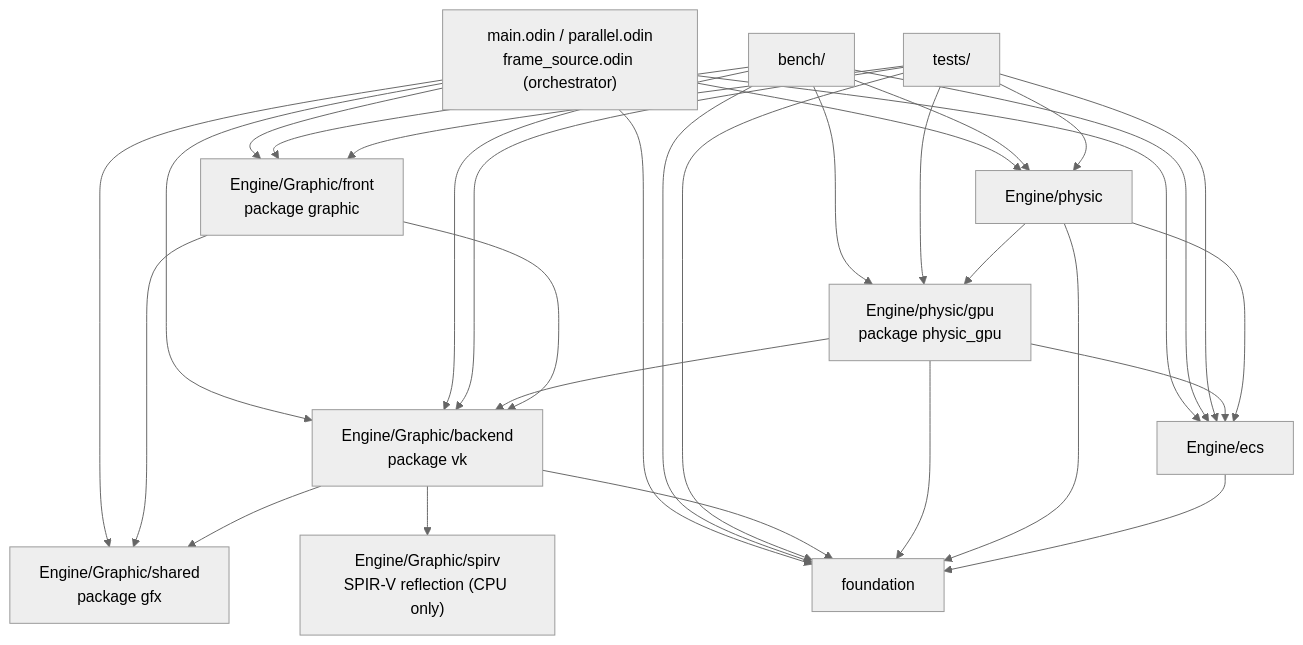
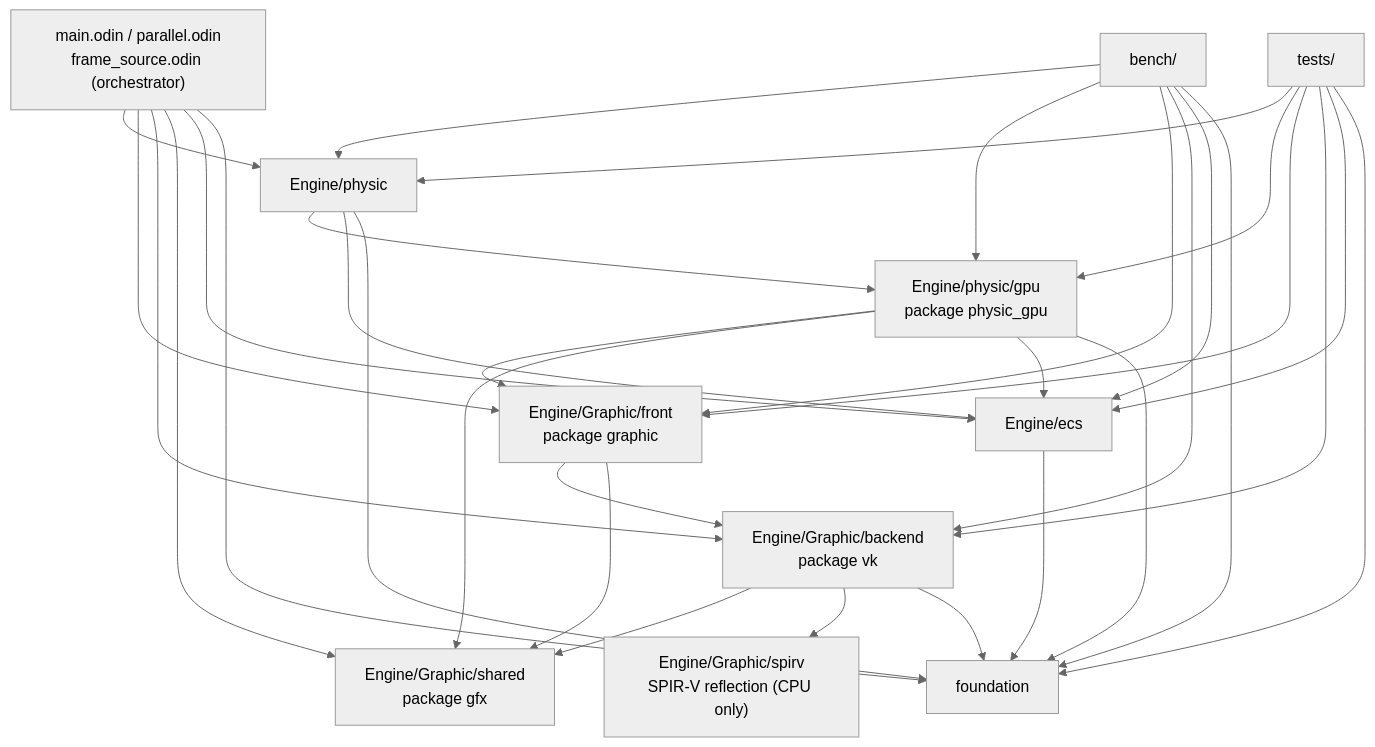
One commit to TanukiConDos/Gravity-Simulator changed the second of 7 diagrams in docs/architecture.md. Above: the diagram before and after it, drawn with Mermaid (neutral theme). The commit also changed other lines of this file and 4 other files, not shown here.

````diff
--- a/docs/architecture.md
+++ b/docs/architecture.md
@@ -38,46 +38,47 @@
 ```mermaid
 flowchart TD
     main["main.odin / parallel.odin<br/>frame_source.odin (orchestrator)"]
     bench["bench/"]
     tests["tests/"]
     front["Engine/Graphic/front<br/>package graphic"]
     backend["Engine/Graphic/backend<br/>package vk"]
     shared["Engine/Graphic/shared<br/>package gfx"]
     pgpu["Engine/physic/gpu<br/>package physic_gpu"]
     spirv["Engine/Graphic/spirv<br/>SPIR-V reflection (CPU only)"]
     physic["Engine/physic"]
     ecs["Engine/ecs"]
     foundation["foundation"]
 
     main --> physic
     main --> front
     main --> backend
     main --> shared
     main --> ecs
     main --> foundation
     bench --> physic
     bench --> pgpu
     bench --> front
     bench --> backend
     bench --> ecs
     bench --> foundation
     tests --> physic
     tests --> pgpu
     tests --> front
     tests --> backend
     tests --> ecs
     tests --> foundation
 
     physic --> pgpu
-    pgpu --> backend
+    pgpu --> front
+    pgpu --> shared
     front --> backend
     front --> shared
     backend --> shared
     backend --> spirv
     backend --> foundation
     pgpu --> ecs
     pgpu --> foundation
     physic --> ecs
     physic --> foundation
     ecs --> foundation
 ```
````
